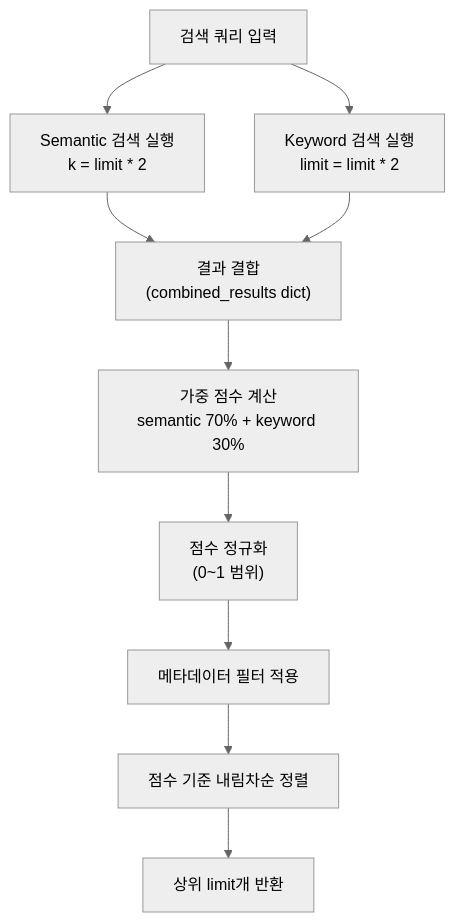
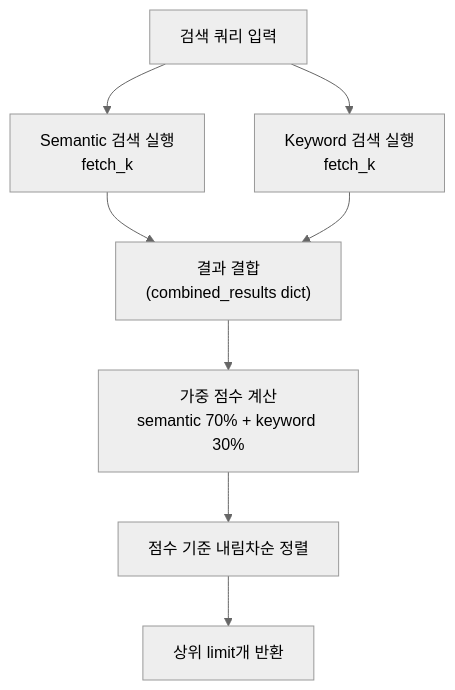
One commit to junghyunJJ/sgcp-rag changed the fourth of 7 diagrams in docs/vector-search-pipeline.md. Above: the diagram before and after it, drawn with Mermaid (neutral theme). The commit also changed other lines of this file and 15 other files, not shown here.

````diff
--- a/docs/vector-search-pipeline.md
+++ b/docs/vector-search-pipeline.md
@@ -200,12 +202,10 @@
 ```mermaid
 flowchart TD
-    A["검색 쿼리 입력"] --> B["Semantic 검색 실행<br/>k = limit * 2"]
-    A --> C["Keyword 검색 실행<br/>limit = limit * 2"]
+    A["검색 쿼리 입력"] --> B["Semantic 검색 실행<br/>fetch_k"]
+    A --> C["Keyword 검색 실행<br/>fetch_k"]
     B --> D["결과 결합<br/>(combined_results dict)"]
     C --> D
     D --> E["가중 점수 계산<br/>semantic 70% + keyword 30%"]
-    E --> F["점수 정규화<br/>(0~1 범위)"]
-    F --> G["메타데이터 필터 적용"]
-    G --> H["점수 기준 내림차순 정렬"]
-    H --> I["상위 limit개 반환"]
+    E --> F["점수 기준 내림차순 정렬"]
+    F --> G["상위 limit개 반환"]
 ```
````
